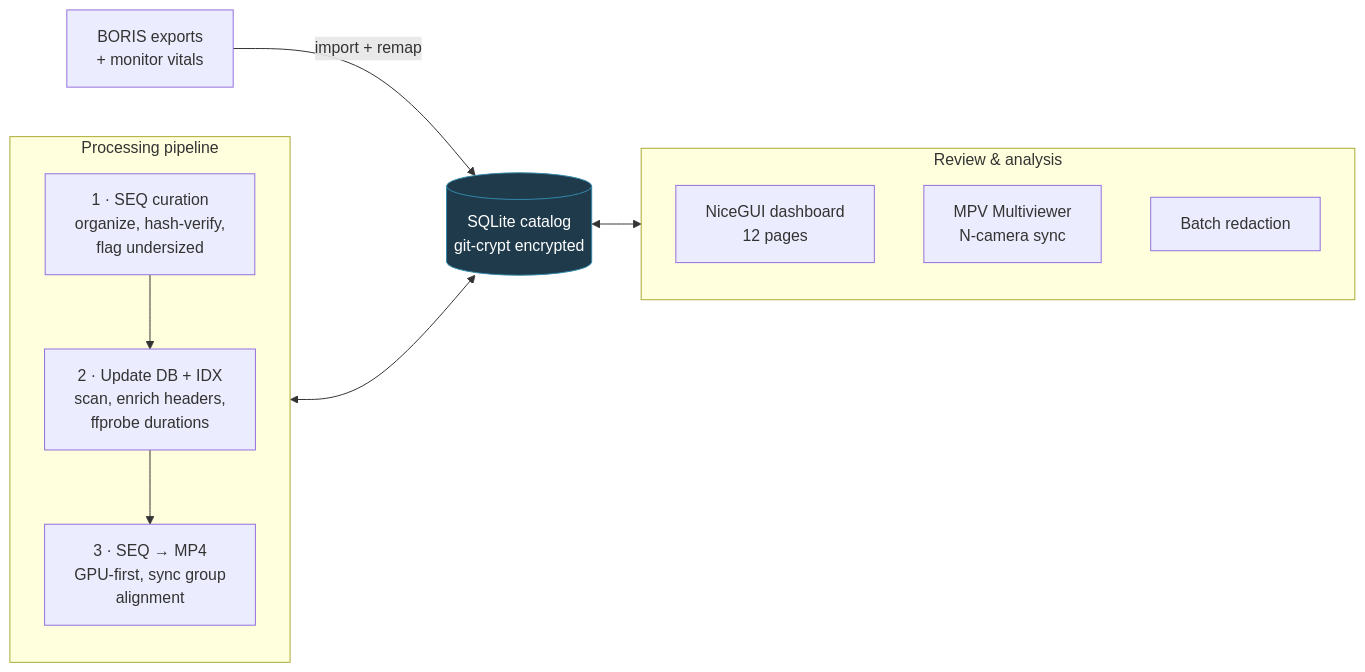
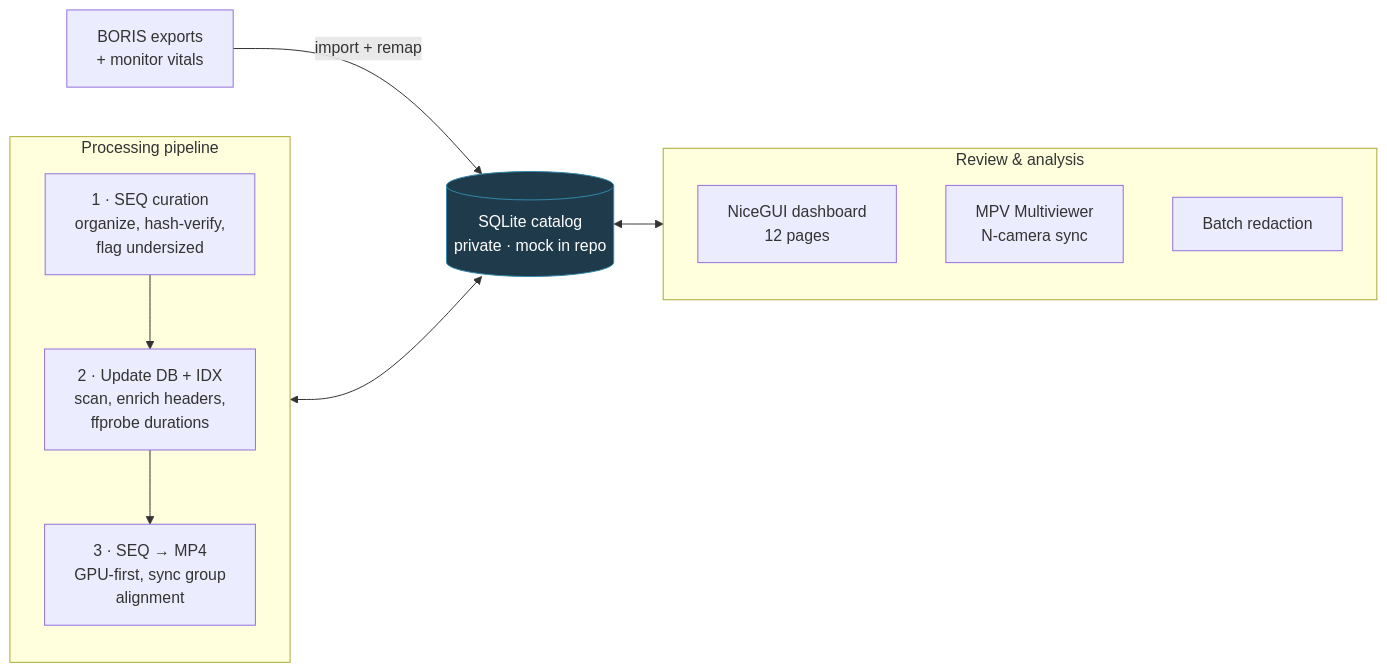
Before and after one commit to razbenaharon/ScalpelLab: the third of 3 diagrams in README.md, drawn with Mermaid. The commit also changed other lines of this file and 2 other files, not shown here.

Commit message:
Document the private DB, mock catalog and VFR-to-CFR sync

````diff
--- a/README.md
+++ b/README.md
@@ -78,25 +99,25 @@
 ```mermaid
 flowchart LR
     subgraph ingest["Processing pipeline"]
         direction TB
         P1["1 · SEQ curation<br/>organize, hash-verify,<br/>flag undersized"]
         P2["2 · Update DB + IDX<br/>scan, enrich headers,<br/>ffprobe durations"]
         P3["3 · SEQ → MP4<br/>GPU-first, sync group<br/>alignment"]
         P1 --> P2 --> P3
     end
 
-    DB[("SQLite catalog<br/>git-crypt encrypted")]
+    DB[("SQLite catalog<br/>private · mock in repo")]
     subgraph review["Review & analysis"]
         direction TB
         UI["NiceGUI dashboard<br/>12 pages"]
         MPV["MPV Multiviewer<br/>N-camera sync"]
         RED["Batch redaction"]
     end
     BORIS["BORIS exports<br/>+ monitor vitals"]
 
     ingest <--> DB
     DB <--> review
     BORIS -->|"import + remap"| DB
 
     style DB fill:#1f3a4a,stroke:#38a,color:#fff
 ```
````
